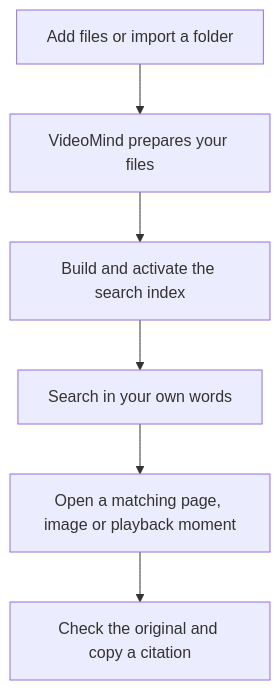
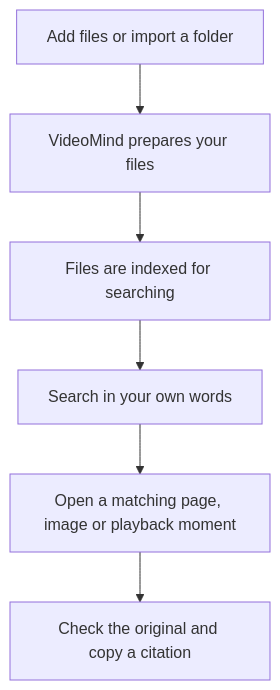
Before and after one commit to pulkitv52/VideoMind-Unified-Multimodal-Intelligence-Platform: the diagram in README.md, drawn with Mermaid. The commit also changed other lines of this file and 46 other files, not shown here.

````diff
--- a/README.md
+++ b/README.md
@@ -23,8 +23,8 @@
 ```mermaid
 flowchart TD
     A["Add files or import a folder"] --> B["VideoMind prepares your files"]
-    B --> C["Build and activate the search index"]
+    B --> C["Files are indexed for searching"]
     C --> D["Search in your own words"]
     D --> E["Open a matching page, image or playback moment"]
     E --> F["Check the original and copy a citation"]
 ```
````
